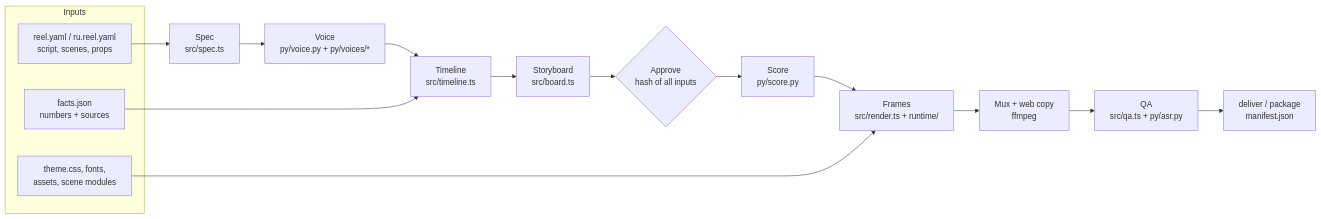
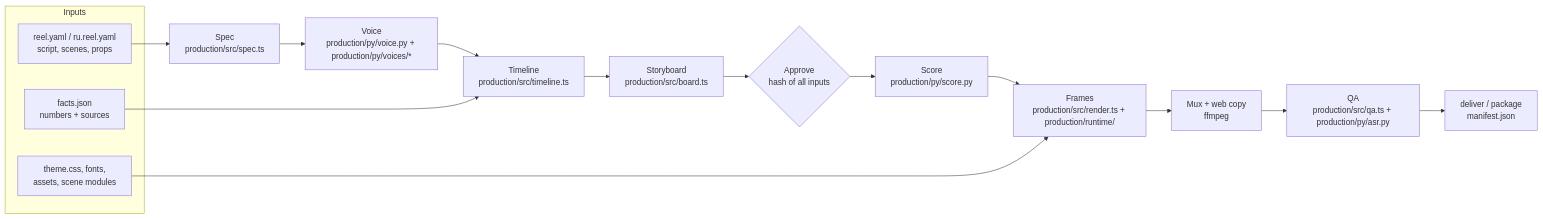
One commit to eiler2005/Storygro changed the first of 3 diagrams in docs/architecture.md. Above: the diagram before and after it, drawn with Mermaid. The commit also changed other lines of this file and 140 other files, not shown here.

````diff
--- a/docs/architecture.md
+++ b/docs/architecture.md
@@ -11,20 +13,20 @@
 ```mermaid
 flowchart LR
   subgraph Inputs
     Y[reel.yaml / ru.reel.yaml<br/>script, scenes, props]
     F[facts.json<br/>numbers + sources]
     T[theme.css, fonts,<br/>assets, scene modules]
   end
-  Y --> S[Spec<br/>src/spec.ts]
-  S --> V[Voice<br/>py/voice.py + py/voices/*]
-  V --> TL[Timeline<br/>src/timeline.ts]
+  Y --> S[Spec<br/>production/src/spec.ts]
+  S --> V[Voice<br/>production/py/voice.py + production/py/voices/*]
+  V --> TL[Timeline<br/>production/src/timeline.ts]
   F --> TL
-  TL --> B[Storyboard<br/>src/board.ts]
+  TL --> B[Storyboard<br/>production/src/board.ts]
   B --> A{Approve<br/>hash of all inputs}
-  A --> SC[Score<br/>py/score.py]
-  SC --> R[Frames<br/>src/render.ts + runtime/]
+  A --> SC[Score<br/>production/py/score.py]
+  SC --> R[Frames<br/>production/src/render.ts + production/runtime/]
   R --> M[Mux + web copy<br/>ffmpeg]
-  M --> Q[QA<br/>src/qa.ts + py/asr.py]
+  M --> Q[QA<br/>production/src/qa.ts + production/py/asr.py]
   Q --> D[deliver / package<br/>manifest.json]
   T --> R
 ```
````
